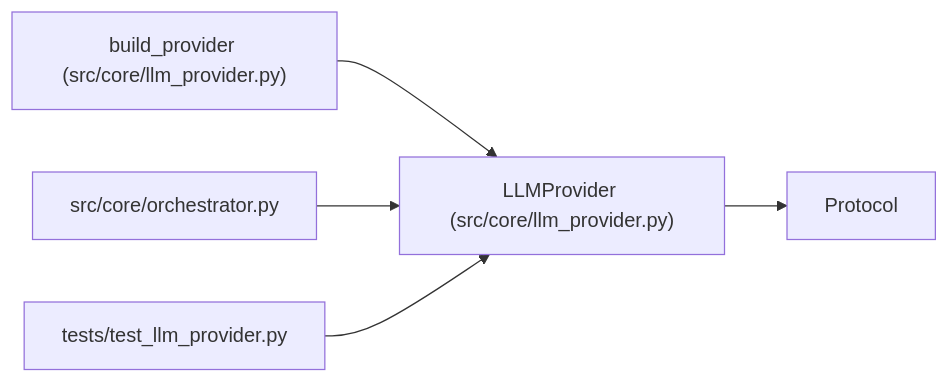
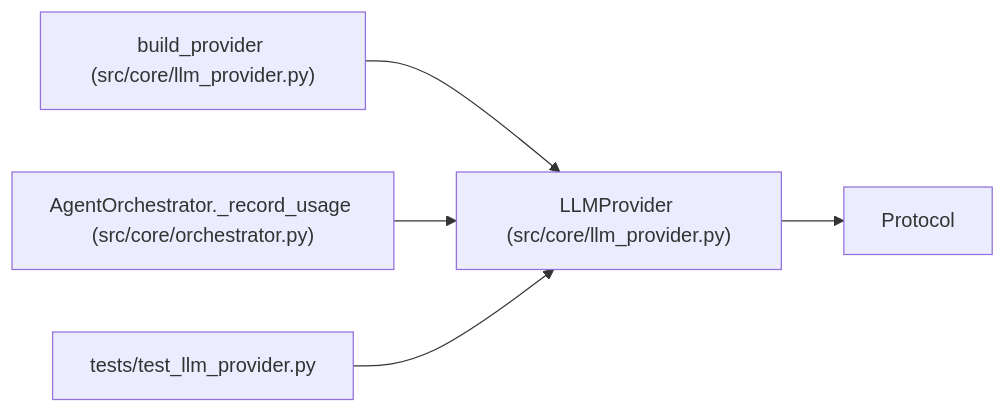
The diagram in docs/llm_wiki/entities/LLMProvider.md (Denissvgn/autoresearch-agent), drawn with Mermaid before and after one commit. The commit also changed other lines of this file and 1033 other files, not shown here.

````diff
--- a/docs/llm_wiki/entities/LLMProvider.md
+++ b/docs/llm_wiki/entities/LLMProvider.md
@@ -36,16 +37,16 @@
 ```mermaid
 flowchart LR
     n0["LLMProvider (src/core/llm_provider.py)"]
     n1["Protocol"]
     n2["build_provider (src/core/llm_provider.py)"]
-    n3["src/core/orchestrator.py"]
+    n3["AgentOrchestrator._record_usage (src/core/orchestrator.py)"]
     n4["tests/test_llm_provider.py"]
     n0 --> n1
     n2 --> n0
     n3 --> n0
     n4 --> n0
     click n0 "../modules/llm_provider.md"
     click n2 "../modules/llm_provider.md"
     click n3 "../modules/orchestrator.md"
     click n4 "../modules/test_llm_provider.md"
 ```
````
